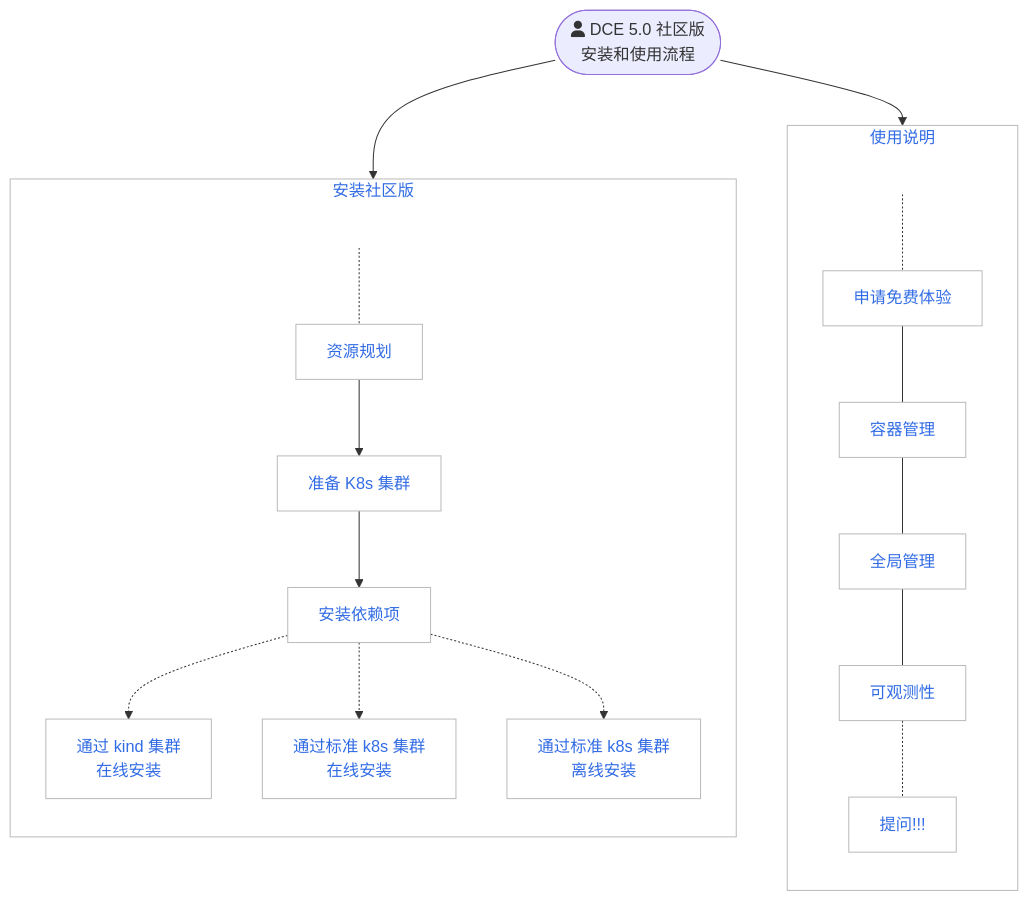
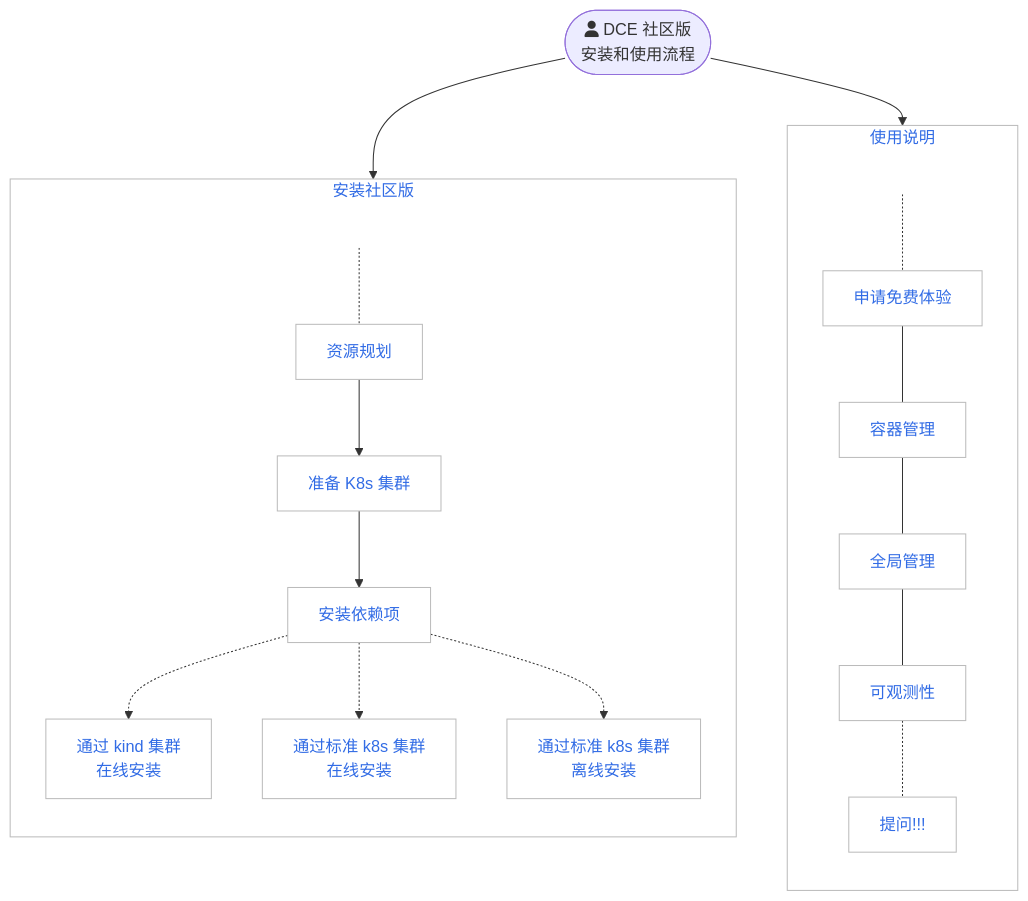
The first of 2 diagrams in docs/zh/docs/install/index.md (DaoCloud/DaoCloud-docs), drawn with Mermaid before and after one commit. The commit also changed other lines of this file and 433 other files, not shown here.

````diff
--- a/docs/zh/docs/install/index.md
+++ b/docs/zh/docs/install/index.md
@@ -58,47 +58,47 @@
 ```mermaid
 flowchart TB
 
 subgraph second[使用说明]
     direction TB
     U[ ] -.-
     free[申请免费体验] --- kpanda[容器管理]
     kpanda --- ghippo[全局管理]
     ghippo --- insight[可观测性]
     insight -.- ask[提问!!!]
 end
 
 subgraph first[安装社区版]
     direction TB
     S[ ] -.-
     plan[资源规划] --> k8s[准备 K8s 集群]
     k8s --> tools[安装依赖项]
     tools -.-> kind[通过 kind 集群<br>在线安装]
     tools -.-> s1[通过标准 k8s 集群<br>在线安装]
     tools -.-> s2[通过标准 k8s 集群<br>离线安装]
 end
 
-start([fa:fa-user DCE 5.0 社区版<br>安装和使用流程]) --> first
+start([fa:fa-user DCE 社区版<br>安装和使用流程]) --> first
 start --> second
 
 classDef grey fill:#dddddd,stroke:#ffffff,stroke-width:px,color:#000000, font-size:15px;
 classDef white fill:#ffffff,stroke:#000,stroke-width:px,color:#000,font-weight:bold
 classDef spacewhite fill:#ffffff,stroke:#fff,stroke-width:0px,color:#000
 classDef plain fill:#ddd,stroke:#fff,stroke-width:1px,color:#000;
 classDef k8s fill:#326ce5,stroke:#fff,stroke-width:1px,color:#fff;
 classDef cluster fill:#fff,stroke:#bbb,stroke-width:1px,color:#326ce5;
 
 class plan,k8s,tools,kind,s1,s2,kpanda,ghippo,insight,free,ask cluster;
 class S,U spacewhite
 
 click plan "https://docs.daocloud.io/install/community/resources.html"
 click k8s "https://docs.daocloud.io/install/community/kind/online.html#kind"
 click tools "https://docs.daocloud.io/install/install-tools.html"
 click kind "https://docs.daocloud.io/install/community/kind/online.html"
 click s1 "https://docs.daocloud.io/install/community/k8s/online.html"
 click s2 "https://docs.daocloud.io/install/community/k8s/offline.html"
 click kpanda "https://docs.daocloud.io/kpanda/intro/"
 click ghippo "https://docs.daocloud.io/ghippo/intro/"
 click insight "https://docs.daocloud.io/insight/intro/"
 click free "https://docs.daocloud.io/dce/license0.html"
 click ask "https://docs.daocloud.io/install/index.html#_4"
 ```
````
